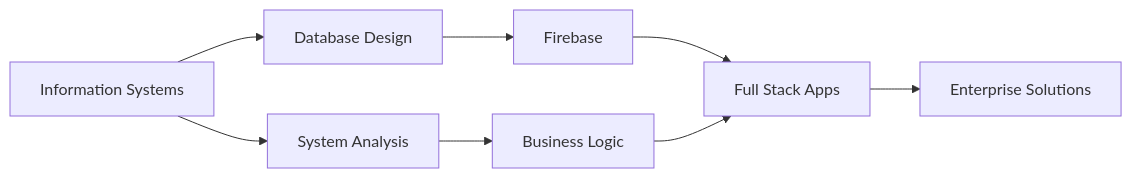
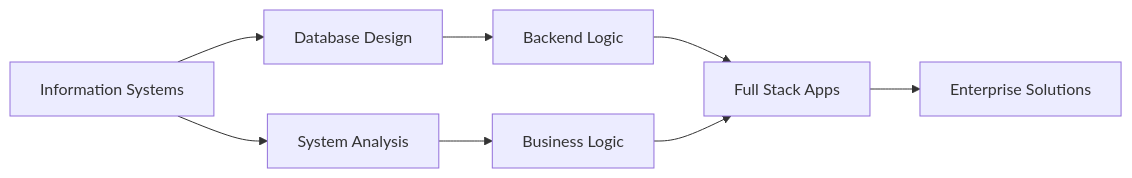
One commit to thimira20011/thimira20011 changed the second of 2 diagrams in README.md. Above: the diagram before and after it, drawn with Mermaid. The commit also changed other lines of this file, not shown here.

Commit message:
Replace 'Firebase Integration' with 'Backend Integration'

````diff
--- a/README.md
+++ b/README.md
@@ -218,10 +218,10 @@
 ```mermaid
 graph LR
     A[Information Systems] --> B[Database Design]
     A --> C[System Analysis]
-    B --> D[Firebase]
+    B --> D[Backend Logic]
     C --> E[Business Logic]
     D --> F[Full Stack Apps]
     E --> F
     F --> G[Enterprise Solutions]
 ```
````
